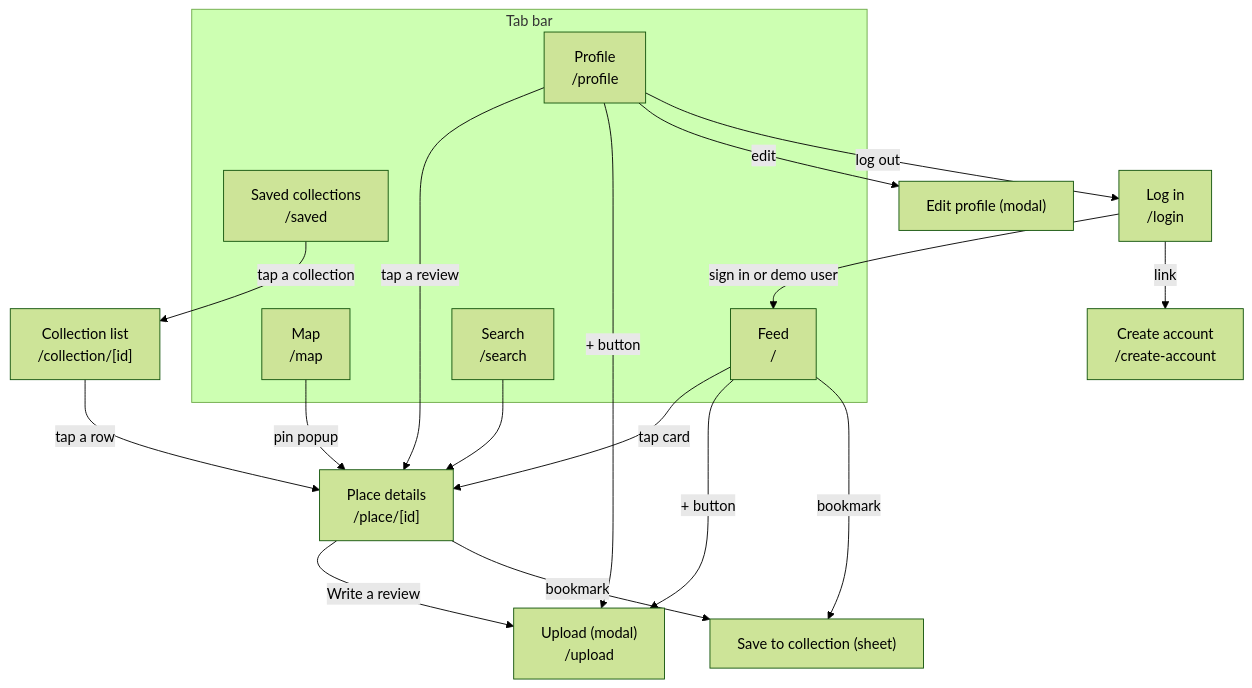
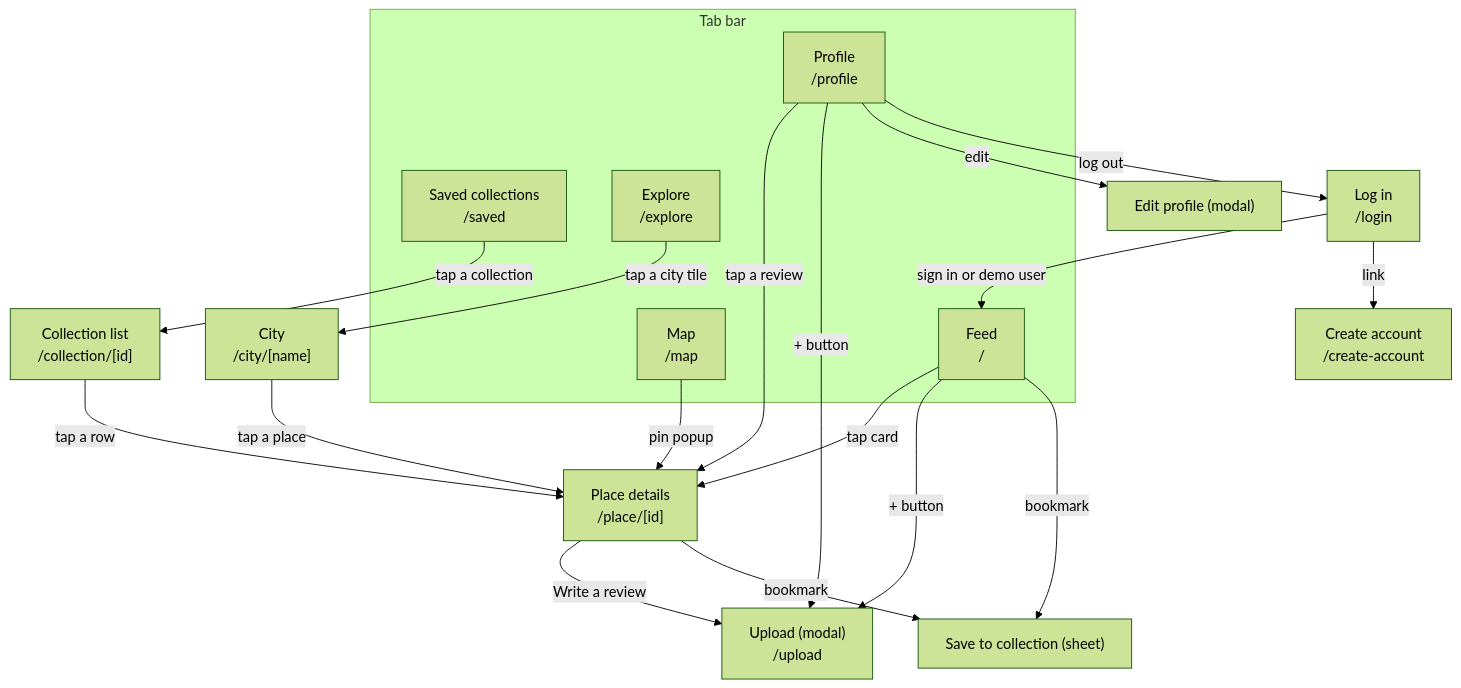
The diagram in docs/pages/README.md (Oasis-NEU/f26-group-4), drawn with Mermaid (forest theme) before and after one commit. The commit also changed other lines of this file and 38 other files, not shown here.

````diff
--- a/docs/pages/README.md
+++ b/docs/pages/README.md
@@ -49,29 +51,30 @@
 ```mermaid
 flowchart TD
   login["Log in<br/>/login"] -->|link| create["Create account<br/>/create-account"]
 
   subgraph tabs["Tab bar"]
     profile["Profile<br/>/profile"]
     map["Map<br/>/map"]
     feed["Feed<br/>/"]
     saved["Saved collections<br/>/saved"]
-    search["Search<br/>/search"]
+    explore["Explore<br/>/explore"]
   end
 
   login -->|sign in or demo user| feed
   feed -->|tap card| place["Place details<br/>/place/[id]"]
   map -->|pin popup| place
-  search --> place
+  explore -->|tap a city tile| city["City<br/>/city/[name]"]
+  city -->|tap a place| place
   profile -->|tap a review| place
   saved -->|tap a collection| collection["Collection list<br/>/collection/[id]"]
   collection -->|tap a row| place
 
   feed -->|+ button| upload["Upload (modal)<br/>/upload"]
   profile -->|+ button| upload
   place -->|Write a review| upload
 
   feed -->|bookmark| sheet["Save to collection (sheet)"]
   place -->|bookmark| sheet
   profile -->|edit| edit["Edit profile (modal)"]
   profile -->|log out| login
 ```
````
